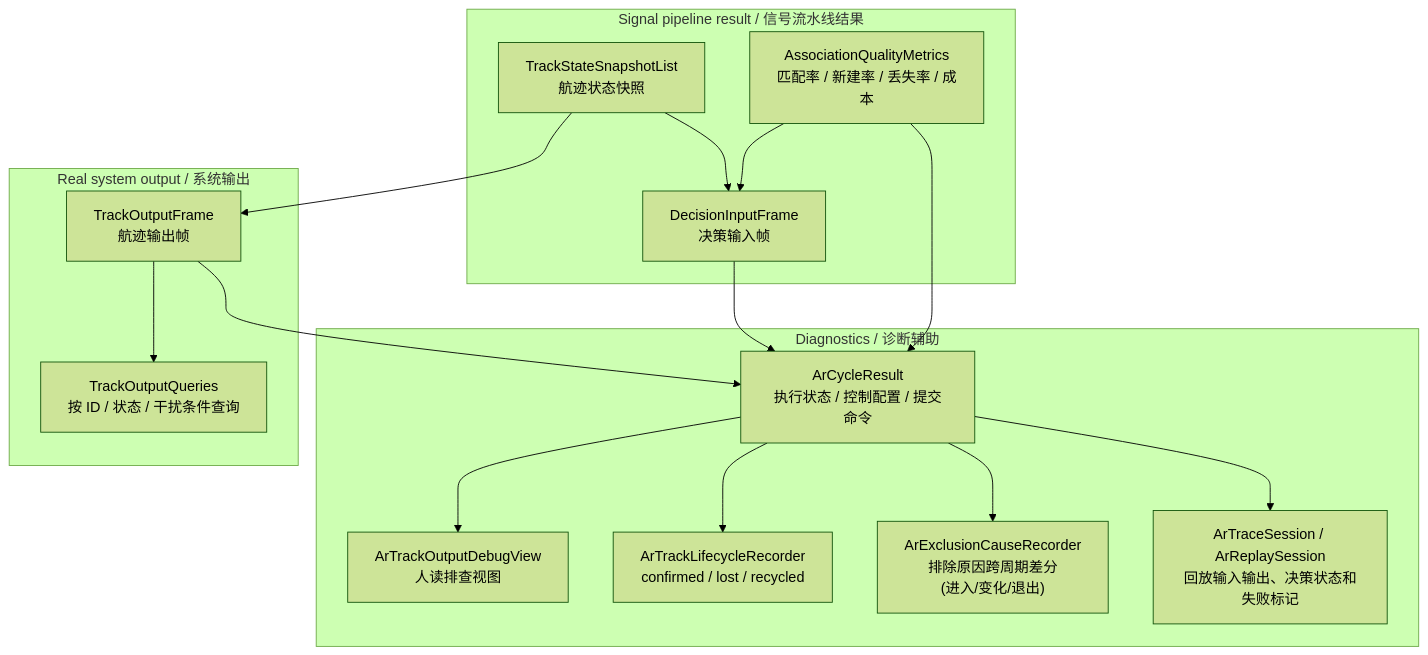
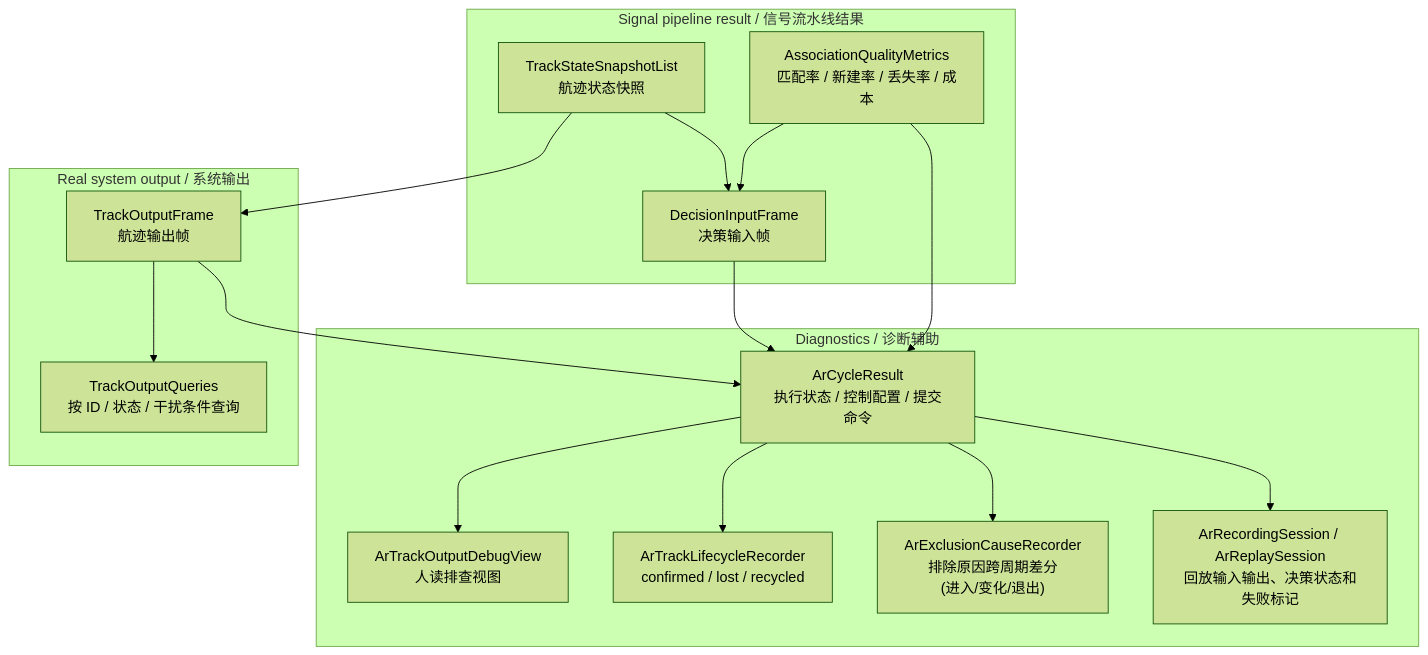
Before and after one commit to boilwater-3/1q: the fourth of 6 diagrams in docs/airborne_radar/data-flow.md, drawn with Mermaid (forest theme). The commit also changed other lines of this file and 100 other files, not shown here.

````diff
--- a/docs/airborne_radar/data-flow.md
+++ b/docs/airborne_radar/data-flow.md
@@ -236,33 +236,33 @@
 ```mermaid
 flowchart TB
   subgraph Pipeline["Signal pipeline result / 信号流水线结果"]
     Tracks["TrackStateSnapshotList\n航迹状态快照"]
     Metrics["AssociationQualityMetrics\n匹配率 / 新建率 / 丢失率 / 成本"]
     DecisionFrame["DecisionInputFrame\n决策输入帧"]
   end
 
   subgraph RealOutput["Real system output / 系统输出"]
     Frame["TrackOutputFrame\n航迹输出帧"]
     Queries["TrackOutputQueries\n按 ID / 状态 / 干扰条件查询"]
   end
 
   subgraph Diagnostics["Diagnostics / 诊断辅助"]
     Result["ArCycleResult\n执行状态 / 控制配置 / 提交命令"]
     Debug["ArTrackOutputDebugView\n人读排查视图"]
     Lifecycle["ArTrackLifecycleRecorder\nconfirmed / lost / recycled"]
     ExclusionCause["ArExclusionCauseRecorder\n排除原因跨周期差分\n(进入/变化/退出)"]
-    Replay["ArTraceSession / ArReplaySession\n回放输入输出、决策状态和失败标记"]
+    Replay["ArRecordingSession / ArReplaySession\n回放输入输出、决策状态和失败标记"]
   end
 
   Tracks --> Frame
   Frame --> Queries
   Tracks --> DecisionFrame
   Metrics --> DecisionFrame
   Metrics --> Result
   Frame --> Result
   DecisionFrame --> Result
   Result --> Debug
   Result --> Lifecycle
   Result --> ExclusionCause
   Result --> Replay
 ```
````
